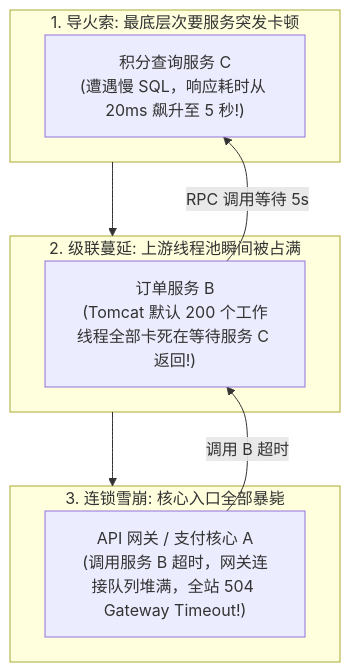
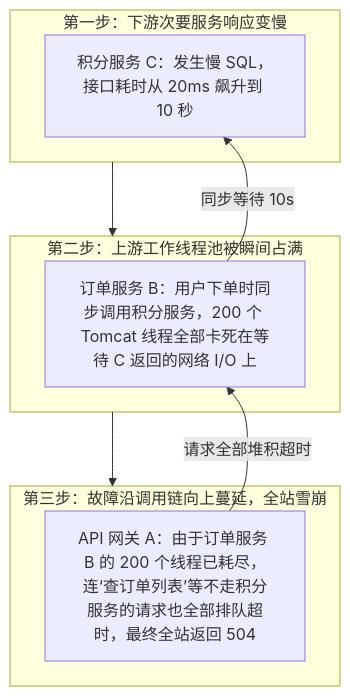
One commit to GuoWWWX/knowledge-base changed the first of 4 diagrams in 20-Java后端/07-分布式与微服务/06-限流-熔断-降级.md. Above: the diagram before and after it, drawn with Mermaid. The commit also changed other lines of this file and 251 other files, not shown here.

````diff
--- a/20-Java后端/07-分布式与微服务/06-限流-熔断-降级.md
+++ b/20-Java后端/07-分布式与微服务/06-限流-熔断-降级.md
@@ -29,18 +27,18 @@
 ```mermaid
 flowchart TD
-    subgraph 雪崩发端["1. 导火索: 最底层次要服务突发卡顿"]
-        S_C["积分查询服务 C\n(遭遇慢 SQL，响应耗时从 20ms 飙升至 5 秒!)"]
+    subgraph Step1["第一步：下游次要服务响应变慢"]
+        S_C["积分服务 C：发生慢 SQL，接口耗时从 20ms 飙升到 10 秒"]
     end
 
-    subgraph 资源耗尽["2. 级联蔓延: 上游线程池瞬间被占满"]
-        S_B["订单服务 B\n(Tomcat 默认 200 个工作线程全部卡死在等待服务 C 返回!)"]
-        S_B -->|"RPC 调用等待 5s"| S_C
+    subgraph Step2["第二步：上游工作线程池被瞬间占满"]
+        S_B["订单服务 B：用户下单时同步调用积分服务，200 个 Tomcat 线程全部卡死在等待 C 返回的网络 I/O 上"]
+        S_B -->|"同步等待 10s"| S_C
     end
 
-    subgraph 全网瘫痪["3. 连锁雪崩: 核心入口全部暴毙"]
-        S_A["API 网关 / 支付核心 A\n(调用服务 B 超时，网关连接队列堆满，全站 504 Gateway Timeout!)"]
-        S_A -->|"调用 B 超时"| S_B
+    subgraph Step3["第三步：故障沿调用链向上蔓延，全站雪崩"]
+        S_A["API 网关 A：由于订单服务 B 的 200 个线程已耗尽，连‘查订单列表’等不走积分服务的请求也全部排队超时，最终全站返回 504"]
+        S_A -->|"请求全部堆积超时"| S_B
     end
 
-    雪崩发端 --> 资源耗尽 --> 全网瘫痪
+    Step1 --> Step2 --> Step3
 ```
````
